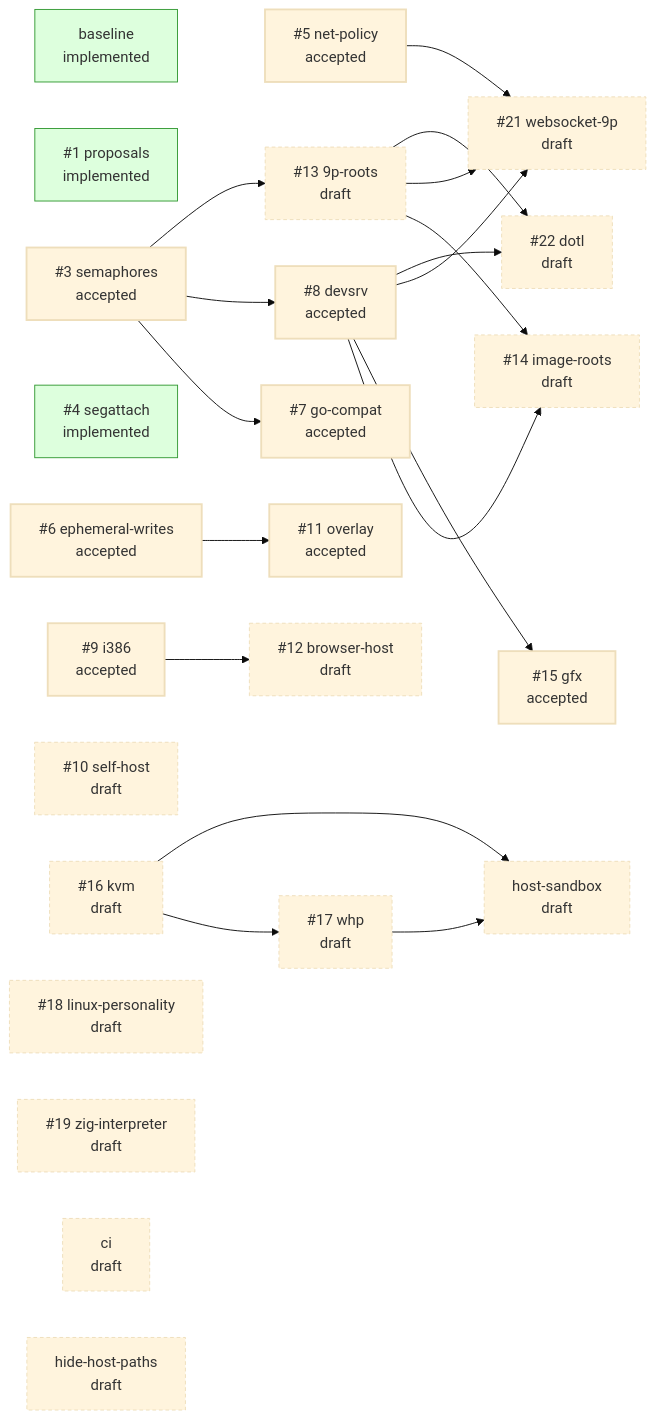
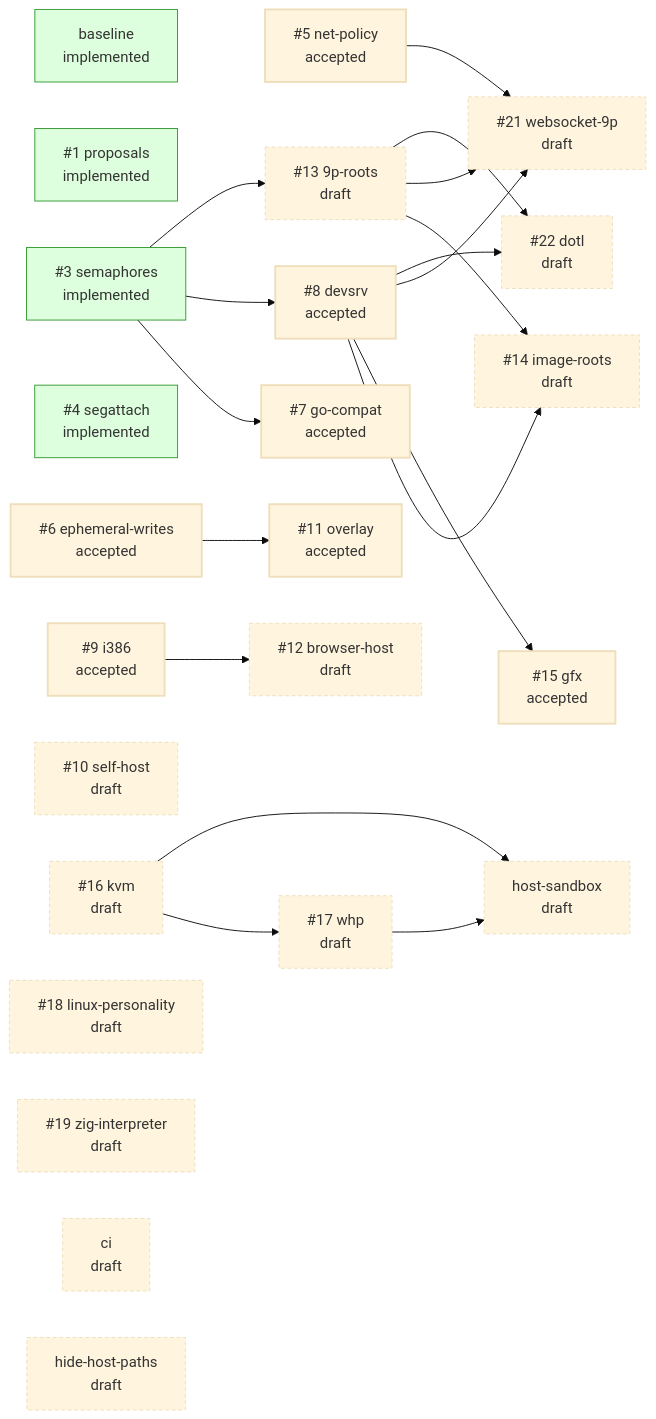
One commit to jpf/hyper9 changed the diagram in README.md. Above: the diagram before and after it, drawn with Mermaid (base theme). The commit also changed other lines of this file and 22 other files, not shown here.

````diff
--- a/README.md
+++ b/README.md
@@ -41,47 +41,47 @@
 ```mermaid
 flowchart LR
   classDef draft stroke-dasharray: 4 3
   classDef accepted stroke-width: 2px
   classDef implemented fill:#dfd,stroke:#393
   classDef closed fill:#eee,stroke:#999,color:#777
   p_baseline["baseline<br/>implemented"]:::implemented
   p_proposals["#35;1 proposals<br/>implemented"]:::implemented
-  p_semaphores["#35;3 semaphores<br/>accepted"]:::accepted
+  p_semaphores["#35;3 semaphores<br/>implemented"]:::implemented
   p_segattach["#35;4 segattach<br/>implemented"]:::implemented
   p_net_policy["#35;5 net-policy<br/>accepted"]:::accepted
   p_ephemeral_writes["#35;6 ephemeral-writes<br/>accepted"]:::accepted
   p_go_compat["#35;7 go-compat<br/>accepted"]:::accepted
   p_devsrv["#35;8 devsrv<br/>accepted"]:::accepted
   p_i386["#35;9 i386<br/>accepted"]:::accepted
   p_self_host["#35;10 self-host<br/>draft"]:::draft
   p_overlay["#35;11 overlay<br/>accepted"]:::accepted
   p_browser_host["#35;12 browser-host<br/>draft"]:::draft
   p_9p_roots["#35;13 9p-roots<br/>draft"]:::draft
   p_image_roots["#35;14 image-roots<br/>draft"]:::draft
   p_gfx["#35;15 gfx<br/>accepted"]:::accepted
   p_kvm["#35;16 kvm<br/>draft"]:::draft
   p_whp["#35;17 whp<br/>draft"]:::draft
   p_linux_personality["#35;18 linux-personality<br/>draft"]:::draft
   p_zig_interpreter["#35;19 zig-interpreter<br/>draft"]:::draft
   p_websocket_9p["#35;21 websocket-9p<br/>draft"]:::draft
   p_dotl["#35;22 dotl<br/>draft"]:::draft
   p_ci["ci<br/>draft"]:::draft
   p_hide_host_paths["hide-host-paths<br/>draft"]:::draft
   p_host_sandbox["host-sandbox<br/>draft"]:::draft
   p_semaphores --> p_go_compat
   p_semaphores --> p_devsrv
   p_ephemeral_writes --> p_overlay
   p_i386 --> p_browser_host
   p_semaphores --> p_9p_roots
   p_devsrv --> p_image_roots
   p_9p_roots --> p_image_roots
   p_devsrv --> p_gfx
   p_kvm --> p_whp
   p_net_policy --> p_websocket_9p
   p_devsrv --> p_websocket_9p
   p_9p_roots --> p_websocket_9p
   p_devsrv --> p_dotl
   p_9p_roots --> p_dotl
   p_kvm --> p_host_sandbox
   p_whp --> p_host_sandbox
 ```
````
